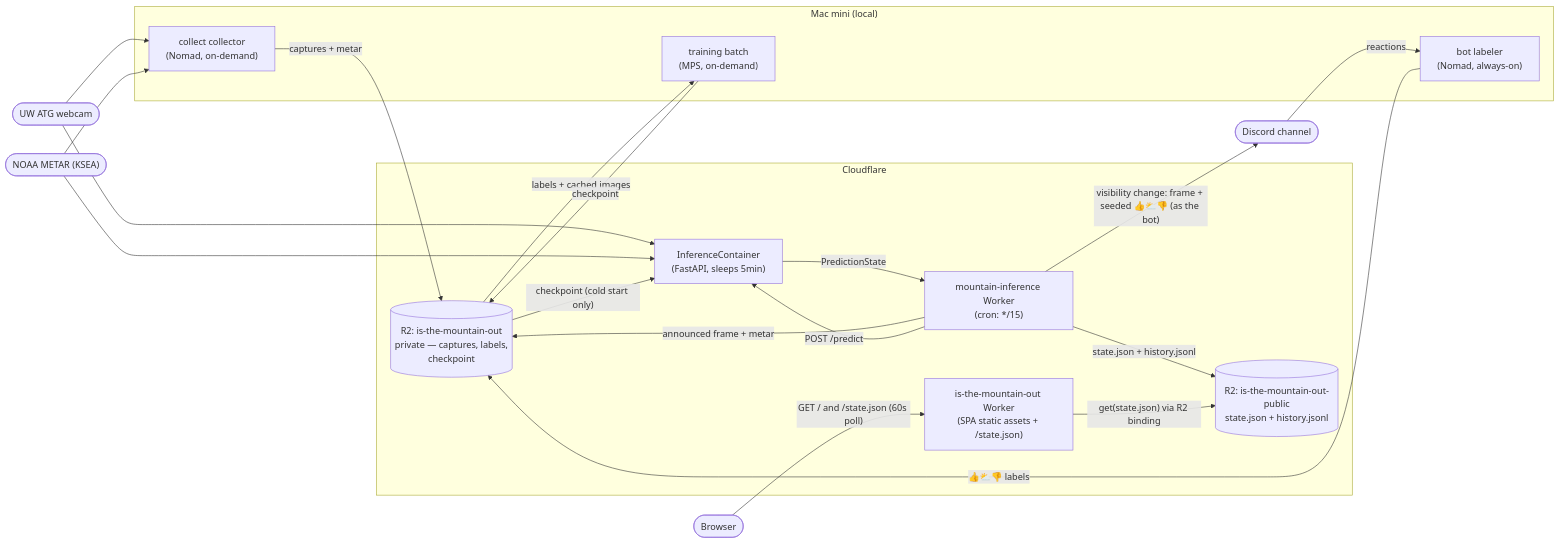
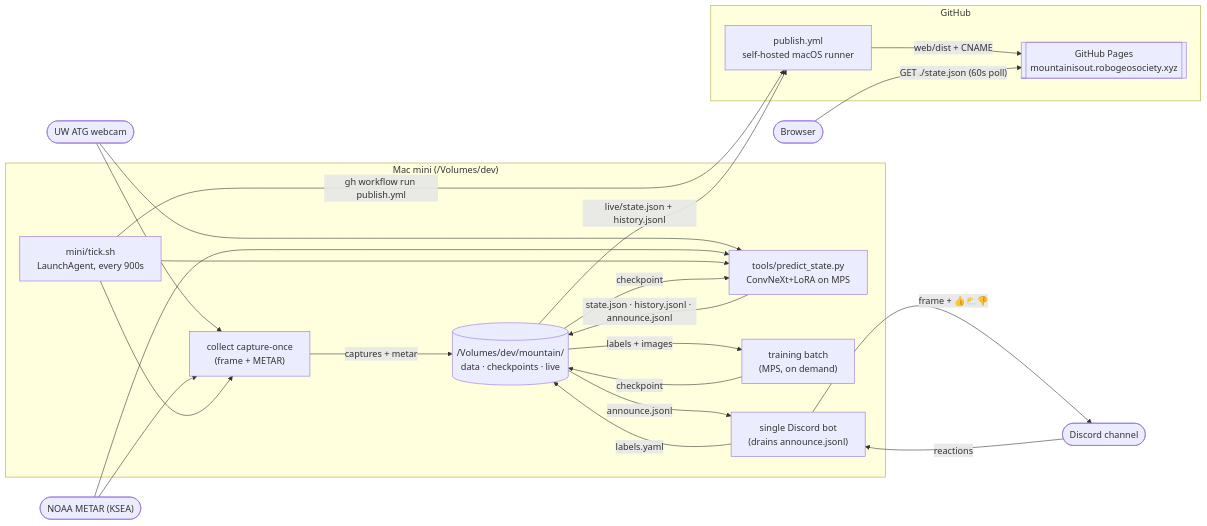
One commit to robogeosociety/is-the-mountain-out changed the first of 3 diagrams in README.md. Above: the diagram before and after it, drawn with Mermaid. The commit also changed other lines of this file and 54 other files, not shown here.

````diff
--- a/README.md
+++ b/README.md
@@ -64,38 +72,39 @@
 ```mermaid
 flowchart LR
-  subgraph local["Mac mini (local)"]
-    collector["collect collector<br/>(Nomad, on-demand)"]
-    labeler["bot labeler<br/>(Nomad, always-on)"]
-    trainer["training batch<br/>(MPS, on-demand)"]
+  subgraph mini["Mac mini (/Volumes/dev)"]
+    tick["mini/tick.sh<br/>LaunchAgent, every 900s"]
+    collector["collect capture-once<br/>(frame + METAR)"]
+    infer["tools/predict_state.py<br/>ConvNeXt+LoRA on MPS"]
+    trainer["training batch<br/>(MPS, on demand)"]
+    bot["single Discord bot<br/>(drains announce.jsonl)"]
+    disk[("/Volumes/dev/mountain/<br/>data · checkpoints · live")]
   end
 
-  subgraph cf["Cloudflare"]
-    worker["mountain-inference Worker<br/>(cron: */15)"]
-    container["InferenceContainer<br/>(FastAPI, sleeps 5min)"]
-    r2priv[("R2: is-the-mountain-out<br/>private — captures, labels,<br/>checkpoint")]
-    r2pub[("R2: is-the-mountain-out-public<br/>state.json + history.jsonl")]
-    site["is-the-mountain-out Worker<br/>(SPA static assets + /state.json)"]
+  subgraph gh["GitHub"]
+    wf["publish.yml<br/>self-hosted macOS runner"]
+    pages[["GitHub Pages<br/>mountainisout.robogeosociety.xyz"]]
   end
 
   webcam(["UW ATG webcam"]) --> collector
   metar(["NOAA METAR (KSEA)"]) --> collector
-  collector -- "captures + metar" --> r2priv
+  webcam --> infer
+  metar --> infer
 
-  worker -- "visibility change: frame + seeded 👍⛅👎 (as the bot)" --> discord(["Discord channel"])
-  worker -- "announced frame + metar" --> r2priv
-  discord -- "reactions" --> labeler
-  labeler -- "👍⛅👎 labels" --> r2priv
+  tick --> collector
+  tick --> infer
+  collector -- "captures + metar" --> disk
+  disk -- "checkpoint" --> infer
+  infer -- "state.json · history.jsonl · announce.jsonl" --> disk
 
-  r2priv -- "labels + cached images" --> trainer
-  trainer -- "checkpoint" --> r2priv
+  tick -- "gh workflow run publish.yml" --> wf
+  disk -- "live/state.json + history.jsonl" --> wf
+  wf -- "web/dist + CNAME" --> pages
+  browser(["Browser"]) -- "GET ./state.json (60s poll)" --> pages
 
-  worker -- "POST /predict" --> container
-  webcam --> container
-  metar --> container
-  r2priv -- "checkpoint (cold start only)" --> container
-  container -- "PredictionState" --> worker
-  worker -- "state.json + history.jsonl" --> r2pub
-
-  browser(["Browser"]) -- "GET / and /state.json (60s poll)" --> site
-  site -- "get(state.json) via R2 binding" --> r2pub
+  disk -- "announce.jsonl" --> bot
+  bot -- "frame + 👍⛅👎" --> discord(["Discord channel"])
+  discord -- "reactions" --> bot
+  bot -- "labels.yaml" --> disk
+  disk -- "labels + images" --> trainer
+  trainer -- "checkpoint" --> disk
 ```
````
